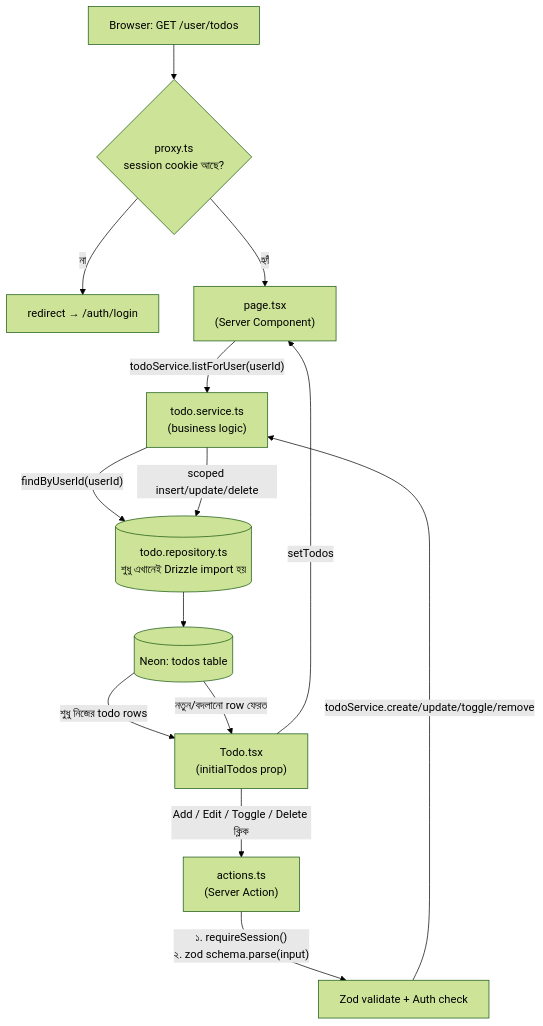
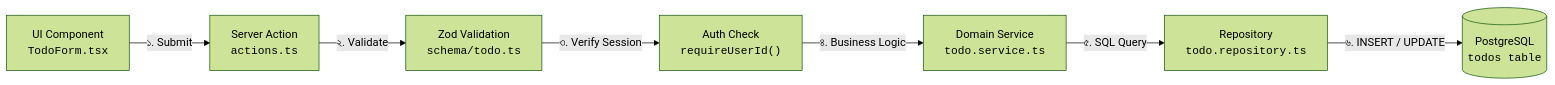
The second of 3 diagrams in TODO_APP_PLAYBOOK.md (Rana2324/Todo-App), drawn with Mermaid (forest theme) before and after one commit. The commit also changed other lines of this file and 26 other files, not shown here.

````diff
--- a/TODO_APP_PLAYBOOK.md
+++ b/TODO_APP_PLAYBOOK.md
@@ -46,16 +69,17 @@
 ```mermaid
-flowchart TD
-    A[Browser: GET /user/todos] --> B{proxy.ts<br/>session cookie আছে?}
-    B -- "না" --> R[redirect → /auth/login]
-    B -- "হ্যাঁ" --> C["page.tsx<br/>(Server Component)"]
-    C -->|"todoService.listForUser(userId)"| S1["todo.service.ts<br/>(business logic)"]
-    S1 -->|"findByUserId(userId)"| REPO[("todo.repository.ts<br/>শুধু এখানেই Drizzle import হয়")]
-    REPO --> DB[("Neon: todos table")]
-    DB -->|শুধু নিজের todo rows| E["Todo.tsx<br/>(initialTodos prop)"]
-    E -->|"Add / Edit / Toggle / Delete ক্লিক"| F["actions.ts<br/>(Server Action)"]
-    F -->|"১. requireSession()<br/>২. zod schema.parse(input)"| VZ["Zod validate + Auth check"]
-    VZ -->|"todoService.create/update/toggle/remove"| S1
-    S1 -->|"scoped insert/update/delete"| REPO
-    DB -->|নতুন/বদলানো row ফেরত| E
-    E -->|setTodos| C
+flowchart LR
+    UI["UI Component<br/><code>TodoForm.tsx</code>"]
+    Action["Server Action<br/><code>actions.ts</code>"]
+    Zod["Zod Validation<br/><code>schema/todo.ts</code>"]
+    Auth["Auth Check<br/><code>requireUserId()</code>"]
+    Service["Domain Service<br/><code>todo.service.ts</code>"]
+    Repo["Repository<br/><code>todo.repository.ts</code>"]
+    DB[("PostgreSQL<br/><code>todos table</code>")]
+
+    UI -->|"১. Submit"| Action
+    Action -->|"২. Validate"| Zod
+    Zod -->|"৩. Verify Session"| Auth
+    Auth -->|"৪. Business Logic"| Service
+    Service -->|"৫. SQL Query"| Repo
+    Repo -->|"৬. INSERT / UPDATE"| DB
 ```
````
